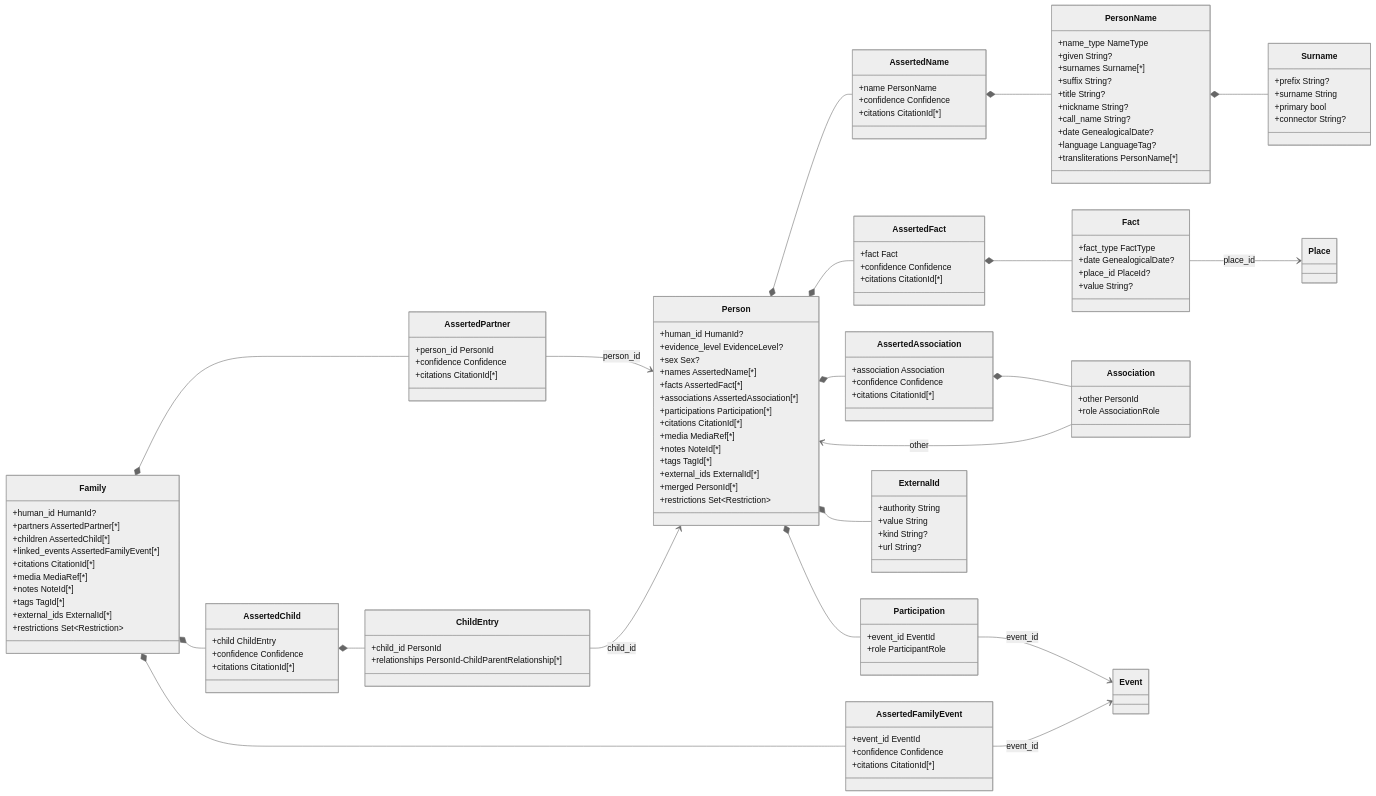
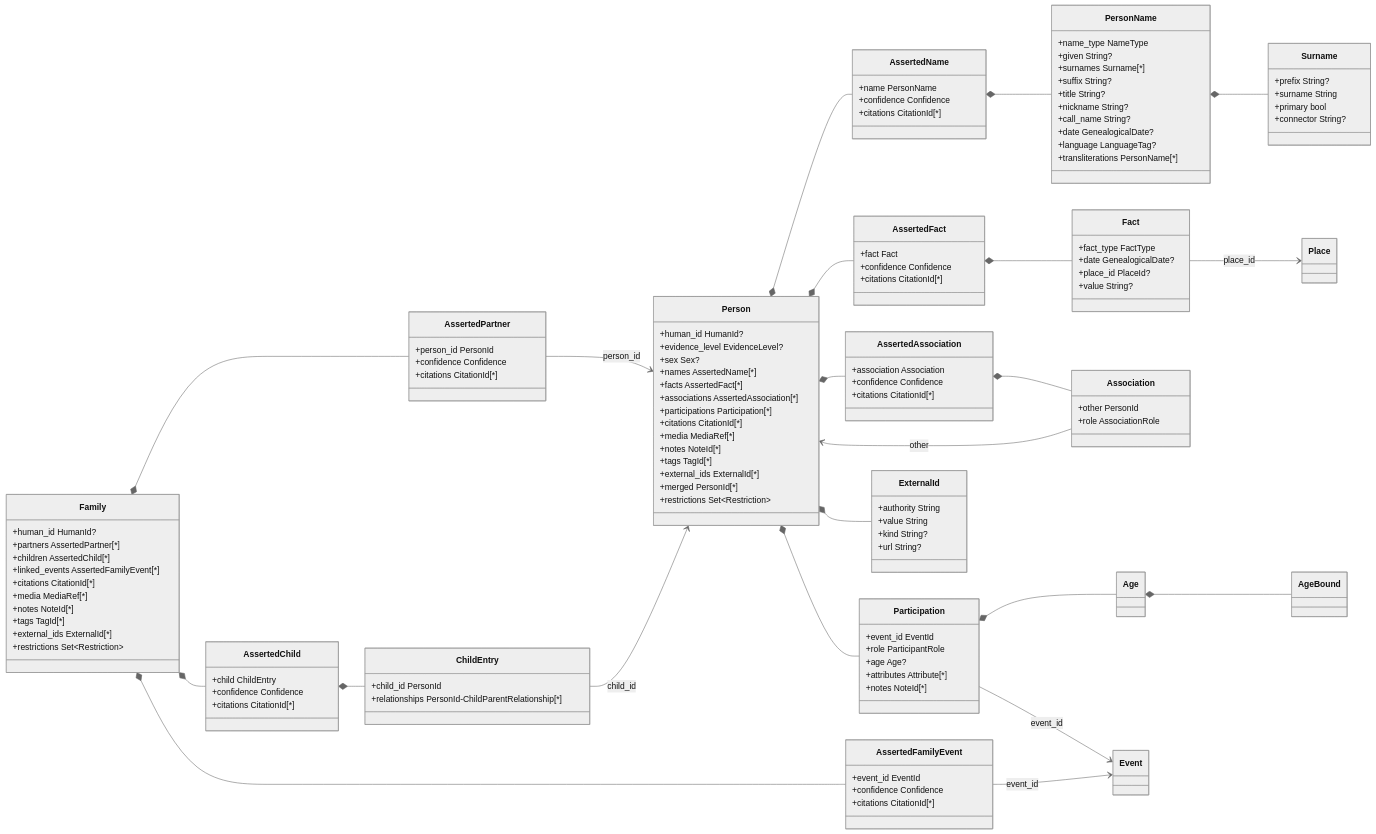
The third of 7 diagrams in docs/data-model-diagram.md (magne/vitni), drawn with Mermaid (neutral theme) before and after one commit. The commit also changed other lines of this file and 3 other files, not shown here.

```diff
--- a/docs/data-model-diagram.md
+++ b/docs/data-model-diagram.md
@@ -236,6 +236,9 @@
     class Participation {
         +event_id EventId
         +role ParticipantRole
+        +age Age?
+        +attributes Attribute[*]
+        +notes NoteId[*]
     }
     class ExternalId {
         +authority String
@@ -284,6 +287,8 @@
     Person *-- AssertedAssociation
     AssertedAssociation *-- Association
     Person *-- Participation
+    Participation *-- Age
+    Age *-- AgeBound
     Person *-- ExternalId
     Family *-- AssertedPartner
     Family *-- AssertedChild
```
